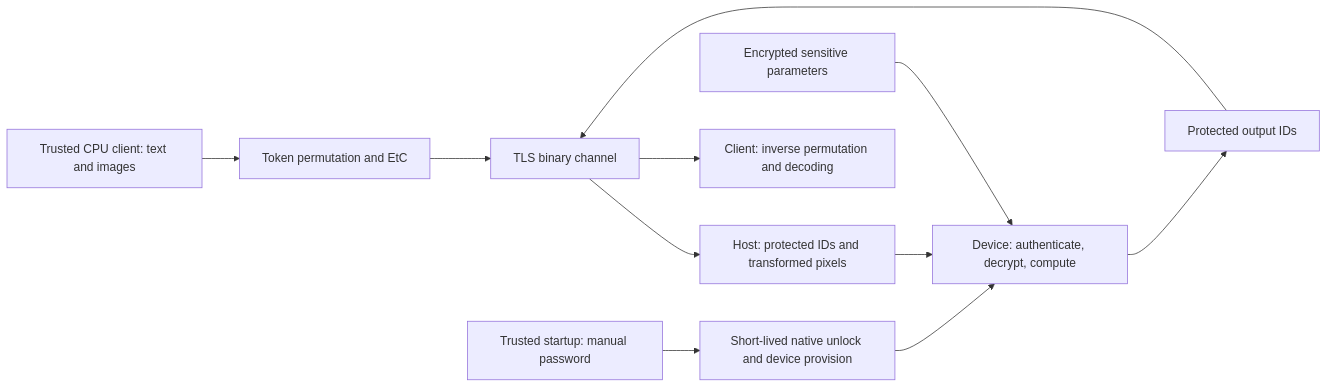
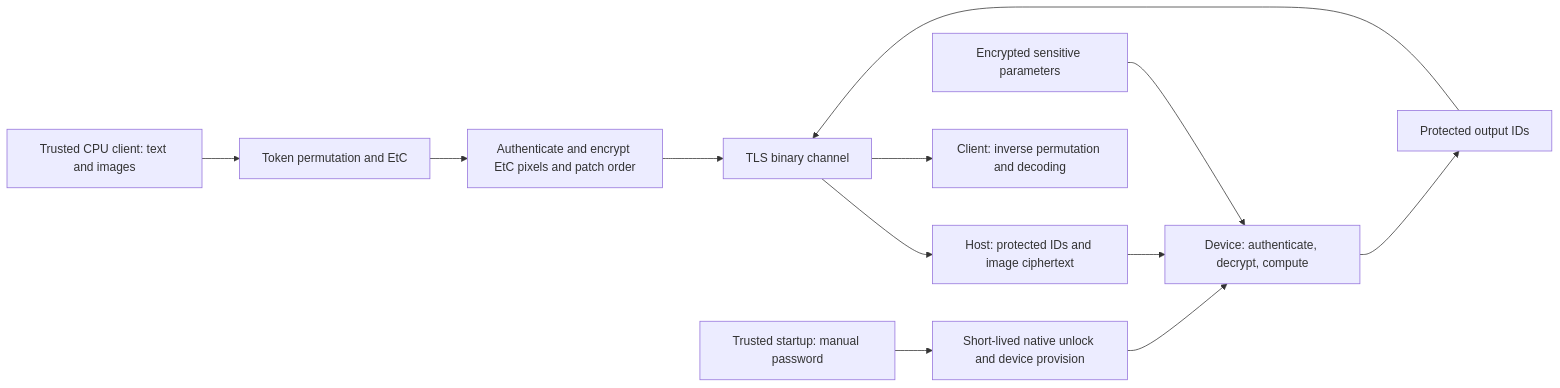
Before and after one commit to MTDoven/Protected-VLLM-Inference: the diagram in references/architecture.md, drawn with Mermaid. The commit also changed other lines of this file and 13 other files, not shown here.

````diff
--- a/references/architecture.md
+++ b/references/architecture.md
@@ -17,13 +18,14 @@
 ```mermaid
 flowchart LR
     C[Trusted CPU client: text and images] --> T[Token permutation and EtC]
-    T --> W[TLS binary channel]
-    W --> H[Host: protected IDs and transformed pixels]
+    T --> E[Authenticate and encrypt EtC pixels and patch order]
+    E --> W[TLS binary channel]
+    W --> H[Host: protected IDs and image ciphertext]
     D[Encrypted sensitive parameters] --> G[Device: authenticate, decrypt, compute]
     H --> G
     G --> O[Protected output IDs]
     O --> W
     W --> R[Client: inverse permutation and decoding]
     B[Trusted startup: manual password] --> K[Short-lived native unlock and device provision]
     K --> G
 ```
````
